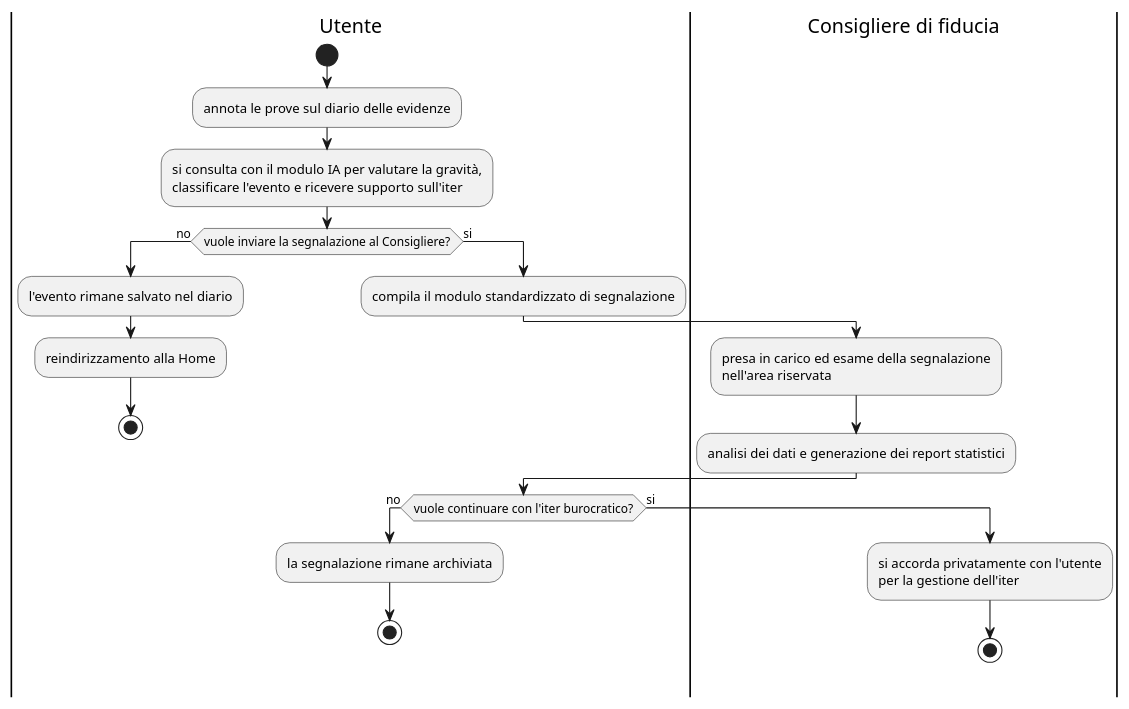
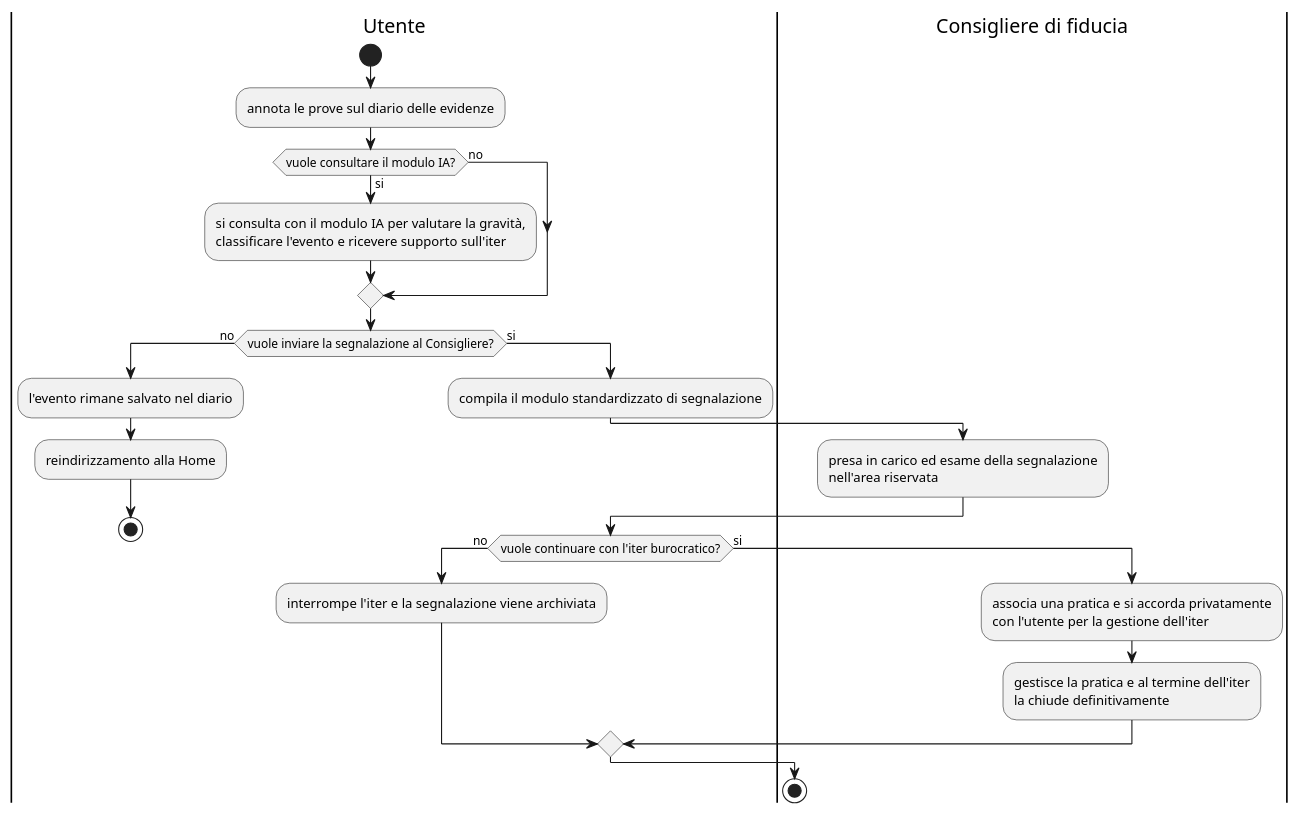
The diagram in docs/models/activities/AD_02_Sistema_Proposto.puml (pharos-oss/pharos), drawn with PlantUML before and after one commit. The commit also changed 9 other files, not shown here.

Commit message:
fix: uniformati diagrammi, aggiornati riferimenti tabella degli oggetti

```diff
--- a/docs/models/activities/AD_02_Sistema_Proposto.puml
+++ b/docs/models/activities/AD_02_Sistema_Proposto.puml
@@ -1,25 +1,28 @@
 @startuml
 |Utente|
 start
 :annota le prove sul diario delle evidenze;
-:si consulta con il modulo IA per valutare la gravità,\nclassificare l'evento e ricevere supporto sull'iter;
+if (vuole consultare il modulo IA?) then (si)
+  :si consulta con il modulo IA per valutare la gravità,\nclassificare l'evento e ricevere supporto sull'iter;
+else (no)
+endif
+
 if (vuole inviare la segnalazione al Consigliere?) then (no)
   :l'evento rimane salvato nel diario;
   :reindirizzamento alla Home;
   stop
 else (si)
   :compila il modulo standardizzato di segnalazione;
   |Consigliere di fiducia|
   :presa in carico ed esame della segnalazione\nnell'area riservata;
-  :analisi dei dati e generazione dei report statistici;
   |Utente|
   if (vuole continuare con l'iter burocratico?) then (no)
-    :la segnalazione rimane archiviata;
-    stop
+    :interrompe l'iter e la segnalazione viene archiviata;
   else (si)
     |Consigliere di fiducia|
-    :si accorda privatamente con l'utente\nper la gestione dell'iter;
-    stop
+    :associa una pratica e si accorda privatamente\ncon l'utente per la gestione dell'iter;
+    :gestisce la pratica e al termine dell'iter\nla chiude definitivamente;
   endif
 endif
+stop
 @enduml
```
